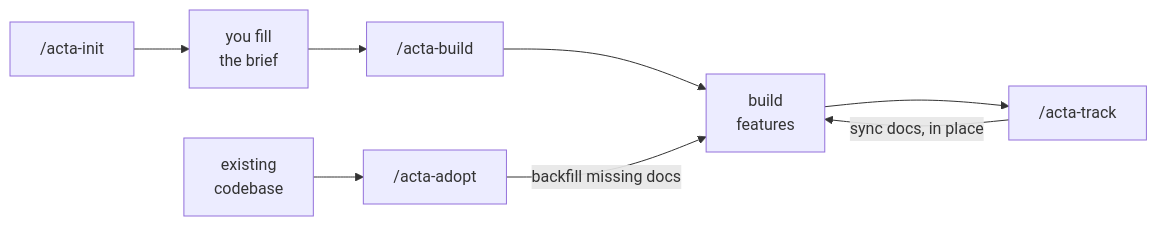
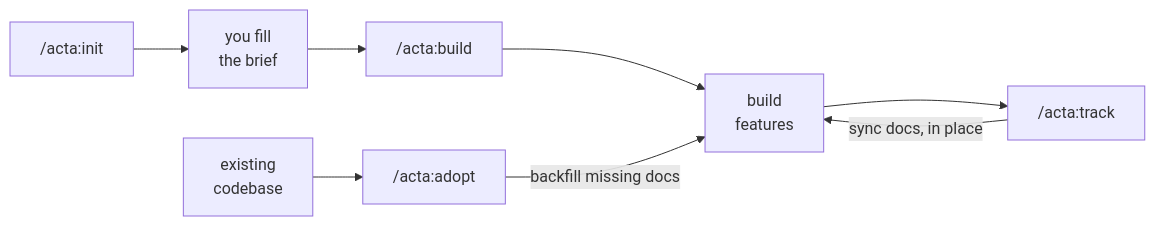
The diagram in README.md (erenisci/acta), drawn with Mermaid before and after one commit. The commit also changed other lines of this file and 22 other files, not shown here.

First line of the commit message:
refactor: drop the acta- prefix from skill names (acta:init, not acta:acta-init)

````diff
--- a/README.md
+++ b/README.md
@@ -48,10 +48,10 @@
 ```mermaid
 flowchart LR
-    A["/acta-init"] --> B["you fill<br/>the brief"]
-    B --> C["/acta-build"]
+    A["/acta:init"] --> B["you fill<br/>the brief"]
+    B --> C["/acta:build"]
     C --> D["build<br/>features"]
-    D --> E["/acta-track"]
+    D --> E["/acta:track"]
     E -->|"sync docs, in place"| D
-    F["existing<br/>codebase"] --> G["/acta-adopt"]
+    F["existing<br/>codebase"] --> G["/acta:adopt"]
     G -->|"backfill missing docs"| D
 ```
````
